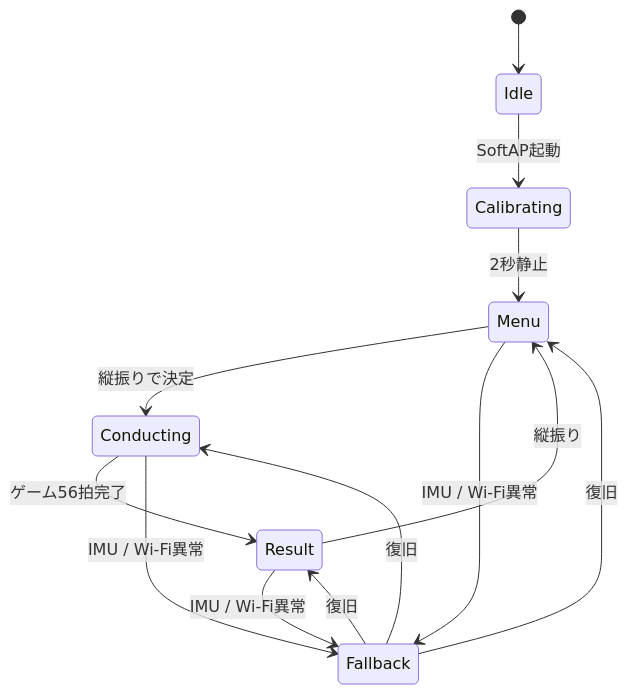
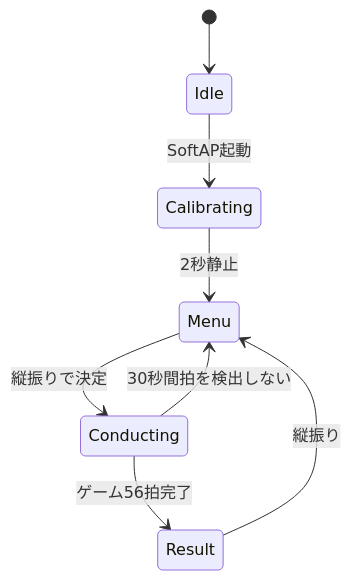
One commit to takushio2525/2026-hackathon-team23 changed the diagram in docs/src/content/docs/system/experience.md. Above: the diagram before and after it, drawn with Mermaid. The commit also changed other lines of this file and 24 other files, not shown here.

````diff
--- a/docs/src/content/docs/system/experience.md
+++ b/docs/src/content/docs/system/experience.md
@@ -17,15 +17,10 @@
 ```mermaid
 stateDiagram-v2
     [*] --> Idle
     Idle --> Calibrating: SoftAP起動
     Calibrating --> Menu: 2秒静止
     Menu --> Conducting: 縦振りで決定
     Conducting --> Result: ゲーム56拍完了
+    Conducting --> Menu: 30秒間拍を検出しない
     Result --> Menu: 縦振り
-    Menu --> Fallback: IMU / Wi-Fi異常
-    Conducting --> Fallback: IMU / Wi-Fi異常
-    Result --> Fallback: IMU / Wi-Fi異常
-    Fallback --> Menu: 復旧
-    Fallback --> Conducting: 復旧
-    Fallback --> Result: 復旧
 ```
````
